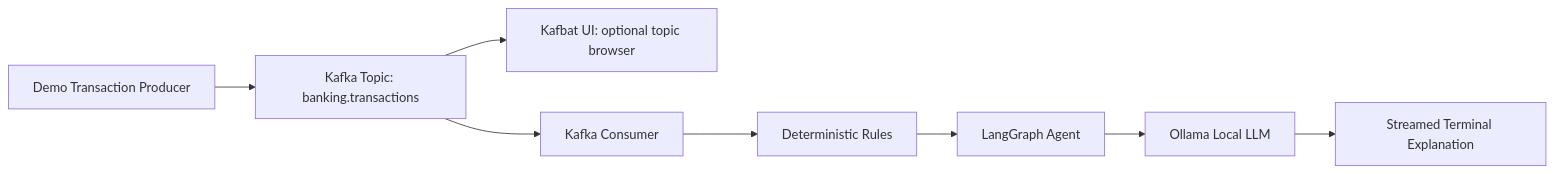
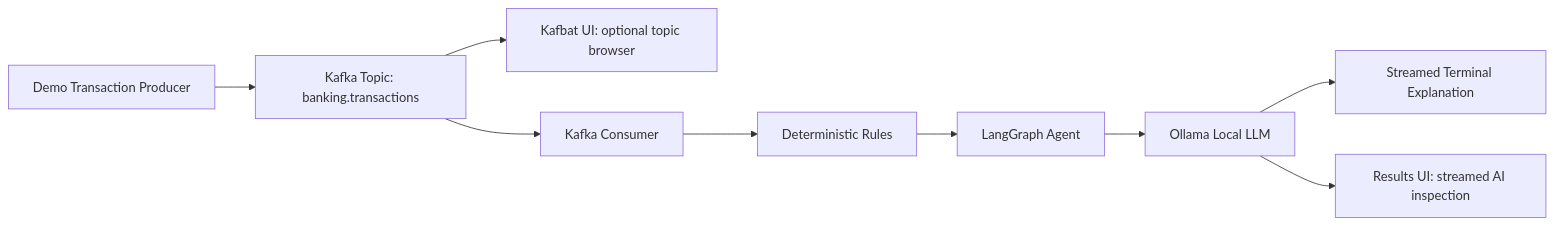
One commit to thomassuedbroecker/simple_kafka_example changed the diagram in README.md. Above: the diagram before and after it, drawn with Mermaid. The commit also changed other lines of this file and 7 other files, not shown here.

````diff
--- a/README.md
+++ b/README.md
@@ -64,10 +65,11 @@
 ```mermaid
 flowchart LR
     A[Demo Transaction Producer] --> B[Kafka Topic: banking.transactions]
     B --> H[Kafbat UI: optional topic browser]
     B --> C[Kafka Consumer]
     C --> D[Deterministic Rules]
     D --> E[LangGraph Agent]
     E --> F[Ollama Local LLM]
     F --> G[Streamed Terminal Explanation]
+    F --> I[Results UI: streamed AI inspection]
 ```
````
